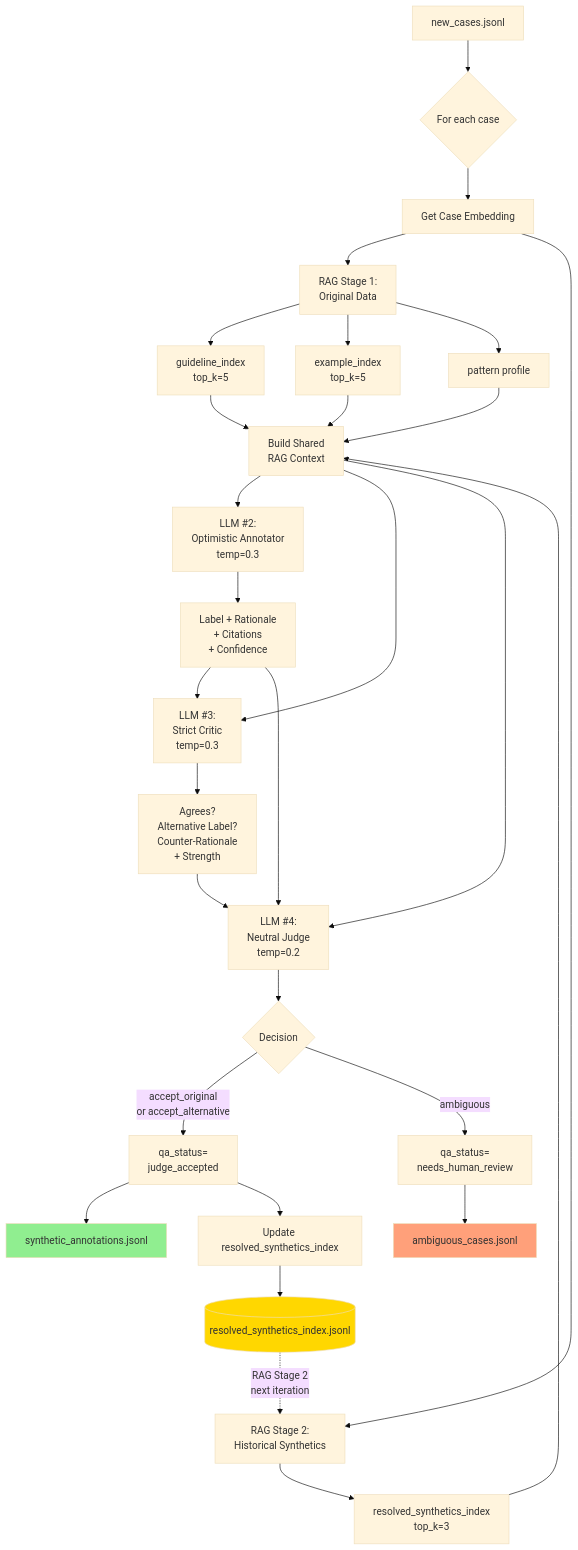
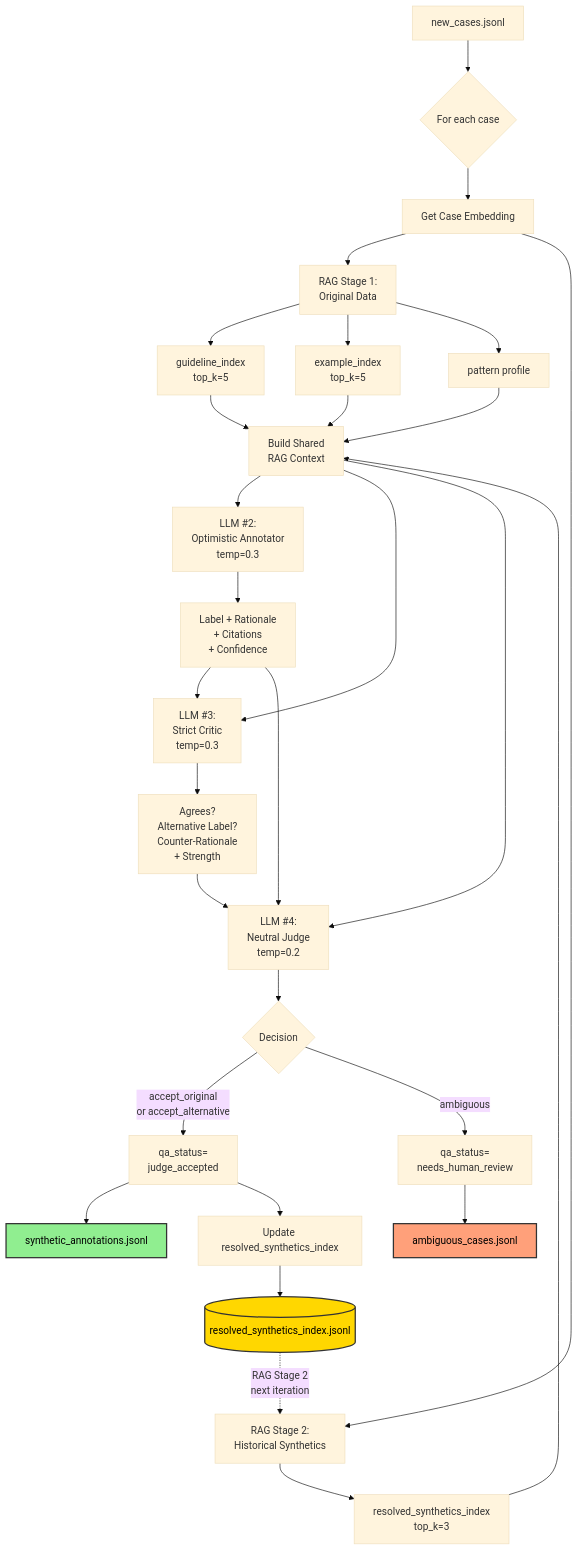
Before and after one commit to arteaga-uux/Edge-Case-Annotator-Agent: the seventh of 15 diagrams in ARCHITECTURE.md, drawn with Mermaid (base theme). The commit also changed other lines of this file and 1 other file, not shown here.

````diff
--- a/ARCHITECTURE.md
+++ b/ARCHITECTURE.md
@@ -208,49 +208,49 @@
 ```mermaid
 graph TD
     A[new_cases.jsonl] --> B{For each case}
     
     B --> C[Get Case Embedding]
     
     C --> D[RAG Stage 1:<br/>Original Data]
     C --> E[RAG Stage 2:<br/>Historical Synthetics]
     
     D --> F[guideline_index<br/>top_k=5]
     D --> G[example_index<br/>top_k=5]
     D --> H[pattern profile]
     
     E --> I[resolved_synthetics_index<br/>top_k=3]
     
     F --> J[Build Shared<br/>RAG Context]
     G --> J
     H --> J
     I --> J
     
     J --> K[LLM #2:<br/>Optimistic Annotator<br/>temp=0.3]
     
     K --> L[Label + Rationale<br/>+ Citations<br/>+ Confidence]
     
     J --> M[LLM #3:<br/>Strict Critic<br/>temp=0.3]
     L --> M
     
     M --> N[Agrees?<br/>Alternative Label?<br/>Counter-Rationale<br/>+ Strength]
     
     J --> O[LLM #4:<br/>Neutral Judge<br/>temp=0.2]
     L --> O
     N --> O
     
     O --> P{Decision}
     
     P -->|accept_original<br/>or accept_alternative| Q[qa_status=<br/>judge_accepted]
     P -->|ambiguous| R[qa_status=<br/>needs_human_review]
     
     Q --> S[synthetic_annotations.jsonl]
     R --> T[ambiguous_cases.jsonl]
     
     Q --> U[Update resolved_synthetics_index]
     U --> V[(resolved_synthetics_index.jsonl)]
     V -.->|RAG Stage 2<br/>next iteration| E
     
-    style V fill:#FFD700
-    style S fill:#90EE90
-    style T fill:#FFA07A
+    style V fill:#FFD700,stroke:#333,stroke-width:2px,color:#000
+    style S fill:#90EE90,stroke:#333,stroke-width:2px,color:#000
+    style T fill:#FFA07A,stroke:#333,stroke-width:2px,color:#000
 ```
````
